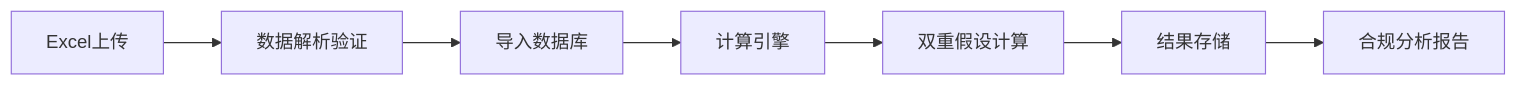
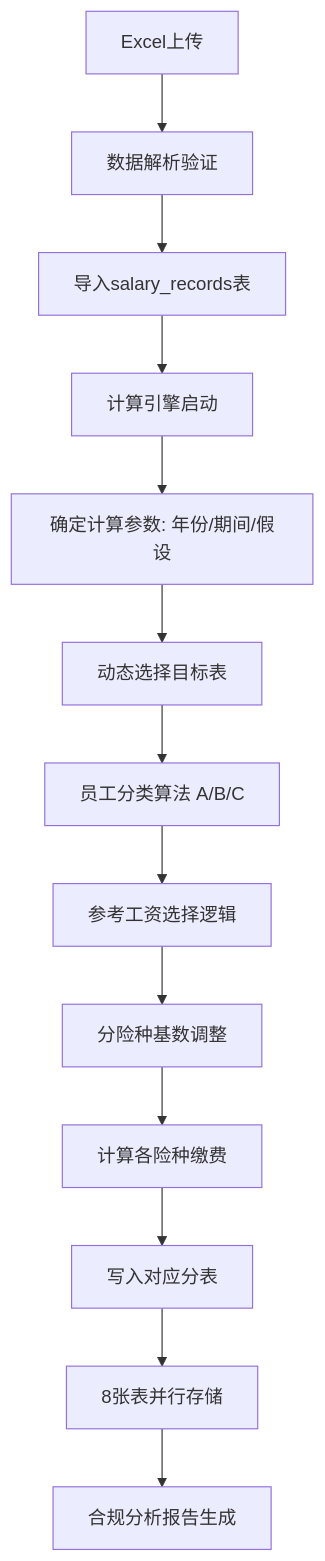
Before and after one commit to canopysgit/wuxianyijin: the first of 3 diagrams in CLAUDE.md, drawn with Mermaid. The commit also changed other lines of this file and 27 other files, not shown here.

````diff
--- a/CLAUDE.md
+++ b/CLAUDE.md
@@ -338,9 +498,15 @@
 ```mermaid
-graph LR
+graph TD
     A[Excel上传] --> B[数据解析验证]
-    B --> C[导入数据库]
-    C --> D[计算引擎]
-    D --> E[双重假设计算]
-    E --> F[结果存储]
-    F --> G[合规分析报告]
+    B --> C[导入salary_records表]
+    C --> D[计算引擎启动]
+    D --> E[确定计算参数: 年份/期间/假设]
+    E --> F[动态选择目标表]
+    F --> G[员工分类算法 A/B/C]
+    G --> H[参考工资选择逻辑]
+    H --> I[分险种基数调整]
+    I --> J[计算各险种缴费]
+    J --> K[写入对应分表]
+    K --> L[8张表并行存储]
+    L --> M[合规分析报告生成]
 ```
````
